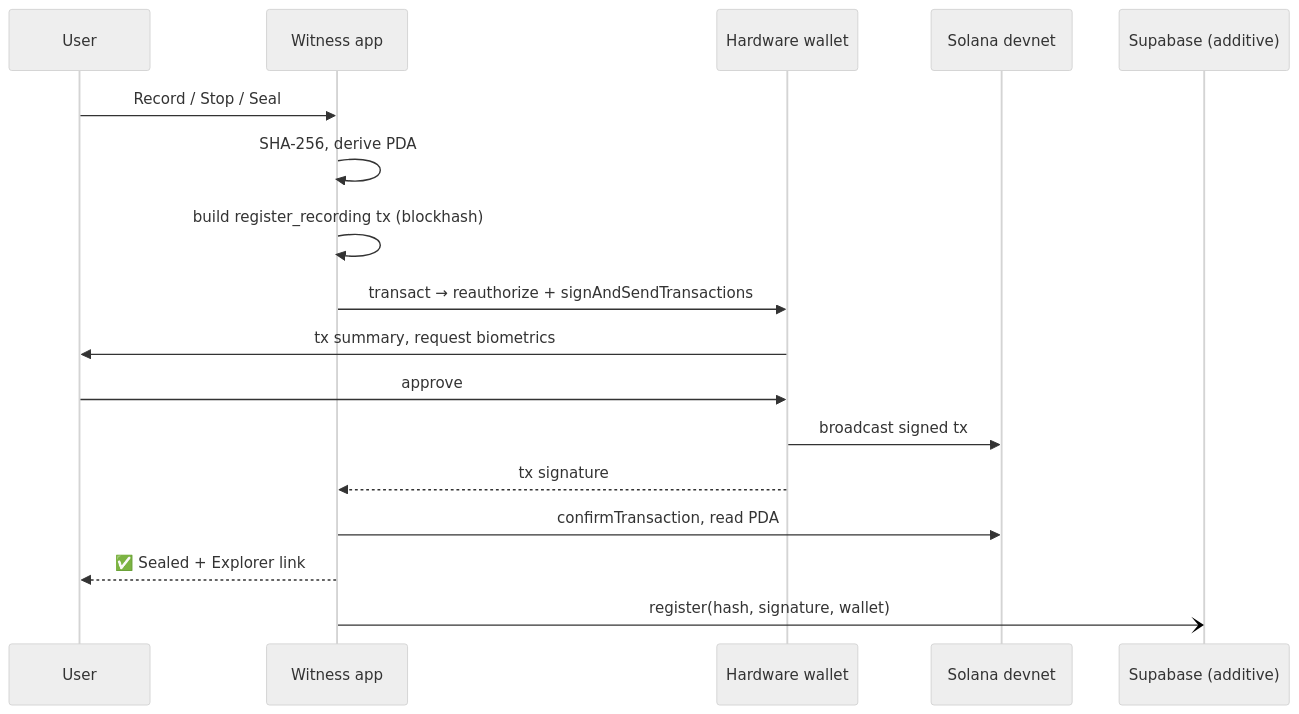
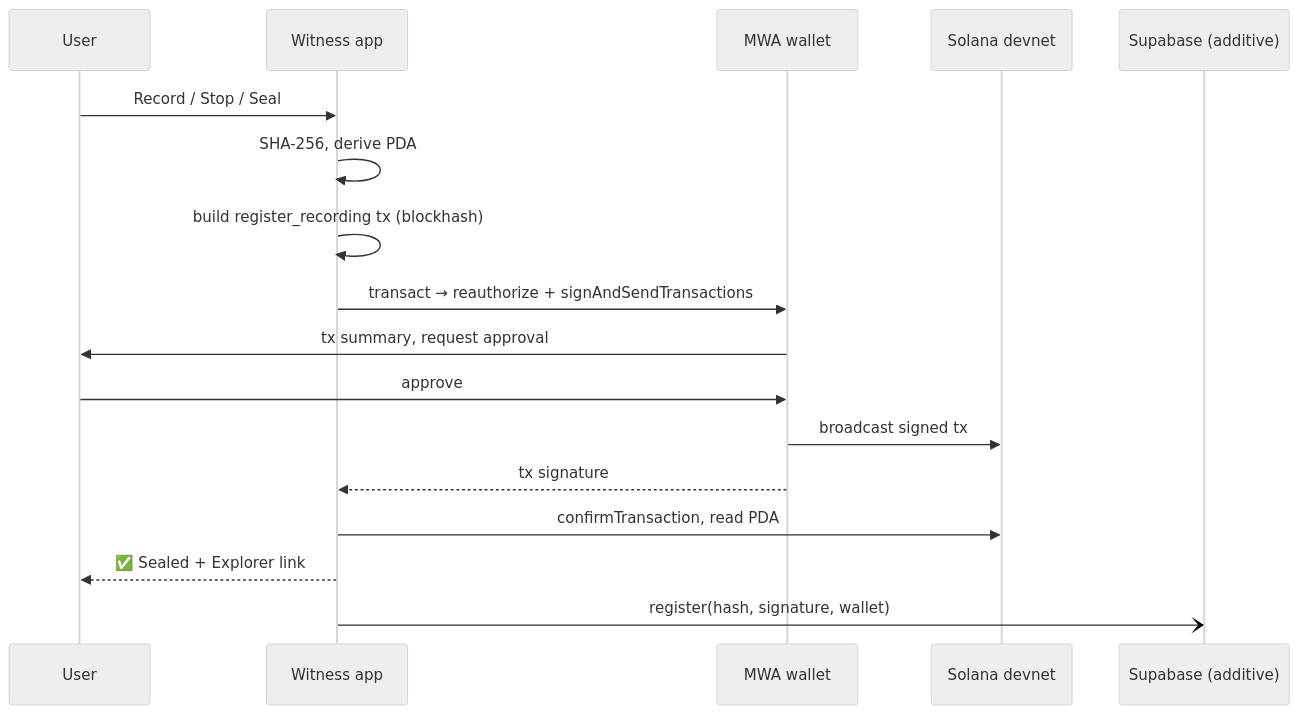
Before and after one commit to GTU-Blockchain/witness_dev3pack2026: the second of 3 diagrams in docs/TECHNICAL.md, drawn with Mermaid (neutral theme). The commit also changed other lines of this file and 3 other files, not shown here.

````diff
--- a/docs/TECHNICAL.md
+++ b/docs/TECHNICAL.md
@@ -104,19 +104,19 @@
 ```mermaid
 sequenceDiagram
   participant U as User
   participant A as Witness app
-  participant W as Hardware wallet
+  participant W as MWA wallet
   participant S as Solana devnet
   participant B as Supabase (additive)
   U->>A: Record / Stop / Seal
   A->>A: SHA-256, derive PDA
   A->>A: build register_recording tx (blockhash)
   A->>W: transact → reauthorize + signAndSendTransactions
-  W->>U: tx summary, request biometrics
+  W->>U: tx summary, request approval
   U->>W: approve
   W->>S: broadcast signed tx
   W-->>A: tx signature
   A->>S: confirmTransaction, read PDA
   A-->>U: ✅ Sealed + Explorer link
   A-)B: register(hash, signature, wallet)
 ```
````
